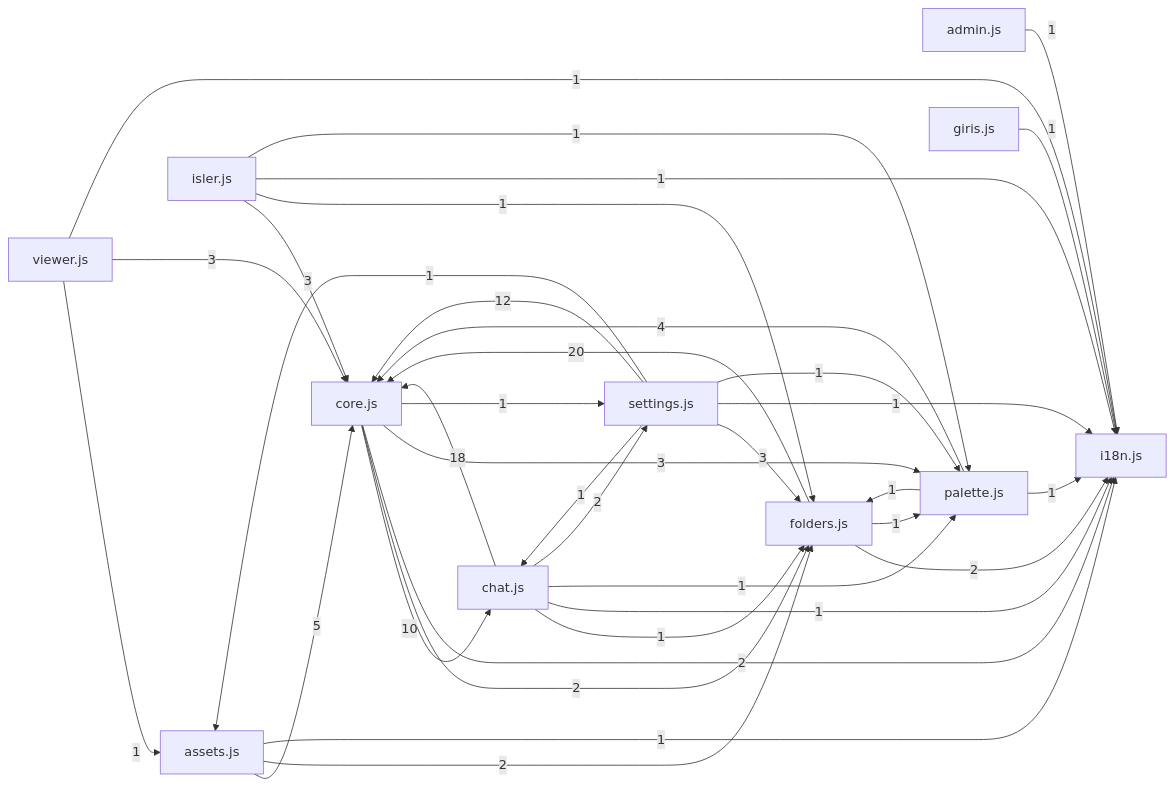
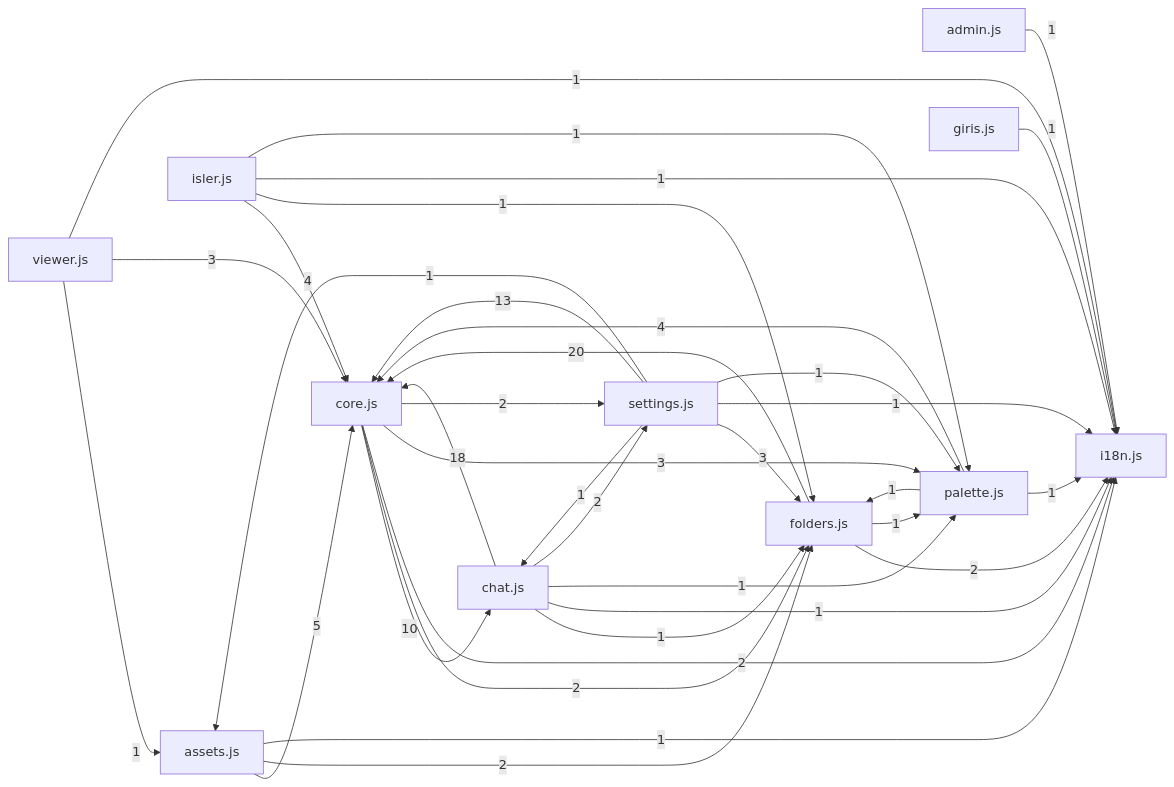
One commit to Zenginby/kromis changed the diagram in docs/graflar/onyuz.md. Above: the diagram before and after it, drawn with Mermaid. The commit also changed other lines of this file and 22 other files, not shown here.

````diff
--- a/docs/graflar/onyuz.md
+++ b/docs/graflar/onyuz.md
@@ -32,37 +32,37 @@
 ```mermaid
 flowchart LR
   n_admin_js["admin.js"] -->|1| n_i18n_js["i18n.js"]
   n_assets_js["assets.js"] -->|5| n_core_js["core.js"]
   n_assets_js["assets.js"] -->|2| n_folders_js["folders.js"]
   n_assets_js["assets.js"] -->|1| n_i18n_js["i18n.js"]
   n_chat_js["chat.js"] -->|18| n_core_js["core.js"]
   n_chat_js["chat.js"] -->|1| n_folders_js["folders.js"]
   n_chat_js["chat.js"] -->|1| n_i18n_js["i18n.js"]
   n_chat_js["chat.js"] -->|1| n_palette_js["palette.js"]
   n_chat_js["chat.js"] -->|2| n_settings_js["settings.js"]
   n_core_js["core.js"] -->|10| n_chat_js["chat.js"]
   n_core_js["core.js"] -->|2| n_folders_js["folders.js"]
   n_core_js["core.js"] -->|2| n_i18n_js["i18n.js"]
   n_core_js["core.js"] -->|3| n_palette_js["palette.js"]
-  n_core_js["core.js"] -->|1| n_settings_js["settings.js"]
+  n_core_js["core.js"] -->|2| n_settings_js["settings.js"]
   n_folders_js["folders.js"] -->|20| n_core_js["core.js"]
   n_folders_js["folders.js"] -->|2| n_i18n_js["i18n.js"]
   n_folders_js["folders.js"] -->|1| n_palette_js["palette.js"]
   n_giris_js["giris.js"] -->|1| n_i18n_js["i18n.js"]
-  n_isler_js["isler.js"] -->|3| n_core_js["core.js"]
+  n_isler_js["isler.js"] -->|4| n_core_js["core.js"]
   n_isler_js["isler.js"] -->|1| n_folders_js["folders.js"]
   n_isler_js["isler.js"] -->|1| n_i18n_js["i18n.js"]
   n_isler_js["isler.js"] -->|1| n_palette_js["palette.js"]
   n_palette_js["palette.js"] -->|4| n_core_js["core.js"]
   n_palette_js["palette.js"] -->|1| n_folders_js["folders.js"]
   n_palette_js["palette.js"] -->|1| n_i18n_js["i18n.js"]
   n_settings_js["settings.js"] -->|1| n_assets_js["assets.js"]
   n_settings_js["settings.js"] -->|1| n_chat_js["chat.js"]
-  n_settings_js["settings.js"] -->|12| n_core_js["core.js"]
+  n_settings_js["settings.js"] -->|13| n_core_js["core.js"]
   n_settings_js["settings.js"] -->|3| n_folders_js["folders.js"]
   n_settings_js["settings.js"] -->|1| n_i18n_js["i18n.js"]
   n_settings_js["settings.js"] -->|1| n_palette_js["palette.js"]
   n_viewer_js["viewer.js"] -->|1| n_assets_js["assets.js"]
   n_viewer_js["viewer.js"] -->|3| n_core_js["core.js"]
   n_viewer_js["viewer.js"] -->|1| n_i18n_js["i18n.js"]
 ```
````
